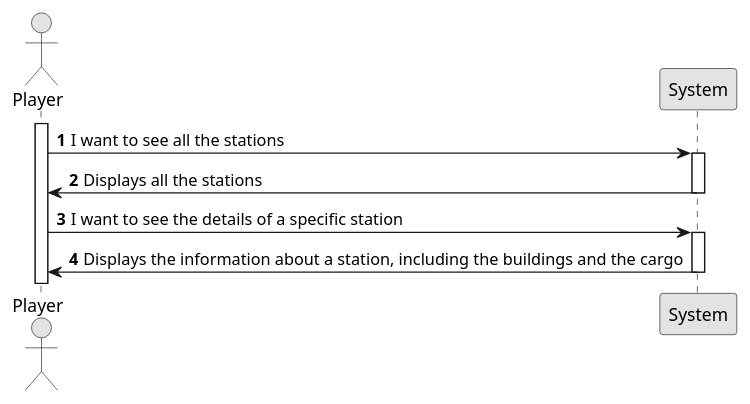
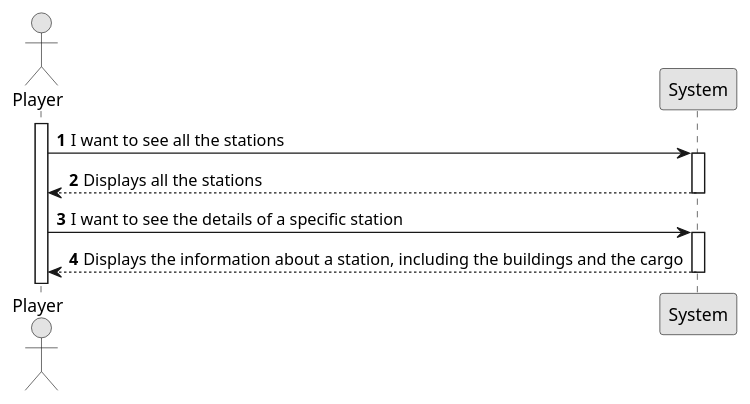
One commit to goncalolopesp/sem2-pi-24.25-g093-repo changed the diagram in docs/system-documentation/US007/01.requirements-engineering/puml/US007-SSD.puml. Above: the diagram before and after it, drawn with PlantUML. The commit also changed 3 other files, not shown here.

```diff
--- a/docs/system-documentation/US007/01.requirements-engineering/puml/US007-SSD.puml
+++ b/docs/system-documentation/US007/01.requirements-engineering/puml/US007-SSD.puml
@@ -1,25 +1,25 @@
 @startuml
 skinparam monochrome true
 skinparam packageStyle rectangle
 skinparam shadowing false
 
 autonumber
 
 actor "Player" as Player
 participant "System" as System
 
 activate Player
 
     Player -> System : I want to see all the stations
     activate System
 
-    System -> Player : Displays all the stations
+    System --> Player : Displays all the stations
     deactivate System
 
     Player -> System : I want to see the details of a specific station
     activate System
 
-    System -> Player : Displays the information about a station, including the buildings and the cargo
+    System --> Player : Displays the information about a station, including the buildings and the cargo
     deactivate System
 
 @enduml
```
